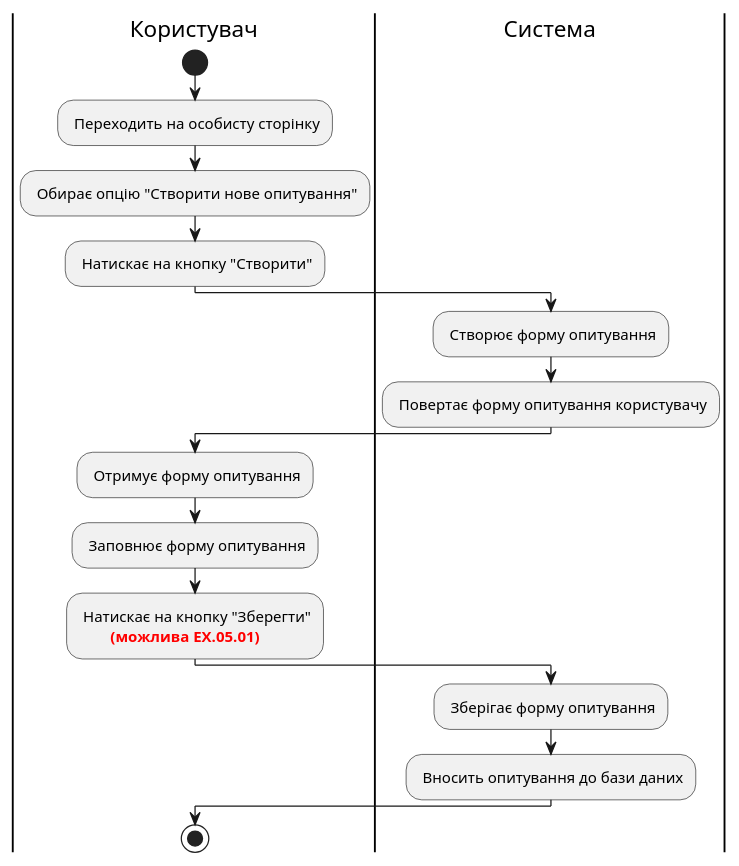
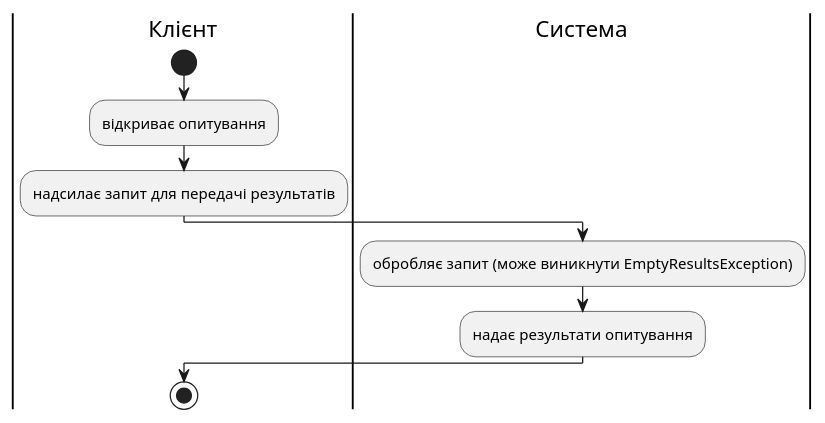
Before and after one commit to xivihwa/edu-db-cw-group1_violetta: the eighth of 15 diagrams in docs/use cases/README.md, drawn with PlantUML. The commit also changed other lines of this file, not shown here.

```diff
--- a/docs/use cases/README.md
+++ b/docs/use cases/README.md
@@ -242,30 +297,15 @@
 @startuml
 
-|Користувач|
+    |Клієнт|
+    start;
+    :відкриває опитування;
+    :надсилає запит для передачі результатів;
 
-    start
-    : Переходить на особисту сторінку;
-    : Обирає опцію "Створити нове опитування";
-    : Натискає на кнопку "Створити";      
+    |Система|
+    :обробляє запит (може виникнути EmptyResultsException);
+    :надає результати опитування;
 
-|Система|
-
-: Створює форму опитування;
-: Повертає форму опитування користувачу;
-
-|Користувач|
-
-: Отримує форму опитування;
-: Заповнює форму опитування;
-: Натискає на кнопку "Зберегти"\n\t<font color="red"><b>(можлива EX.05.01);
-
-|Система|
-
-: Зберігає форму опитування;
-: Вносить опитування до бази даних;
-
-|Користувач|
-
+    |Клієнт|
     stop;
 
 @enduml
```
